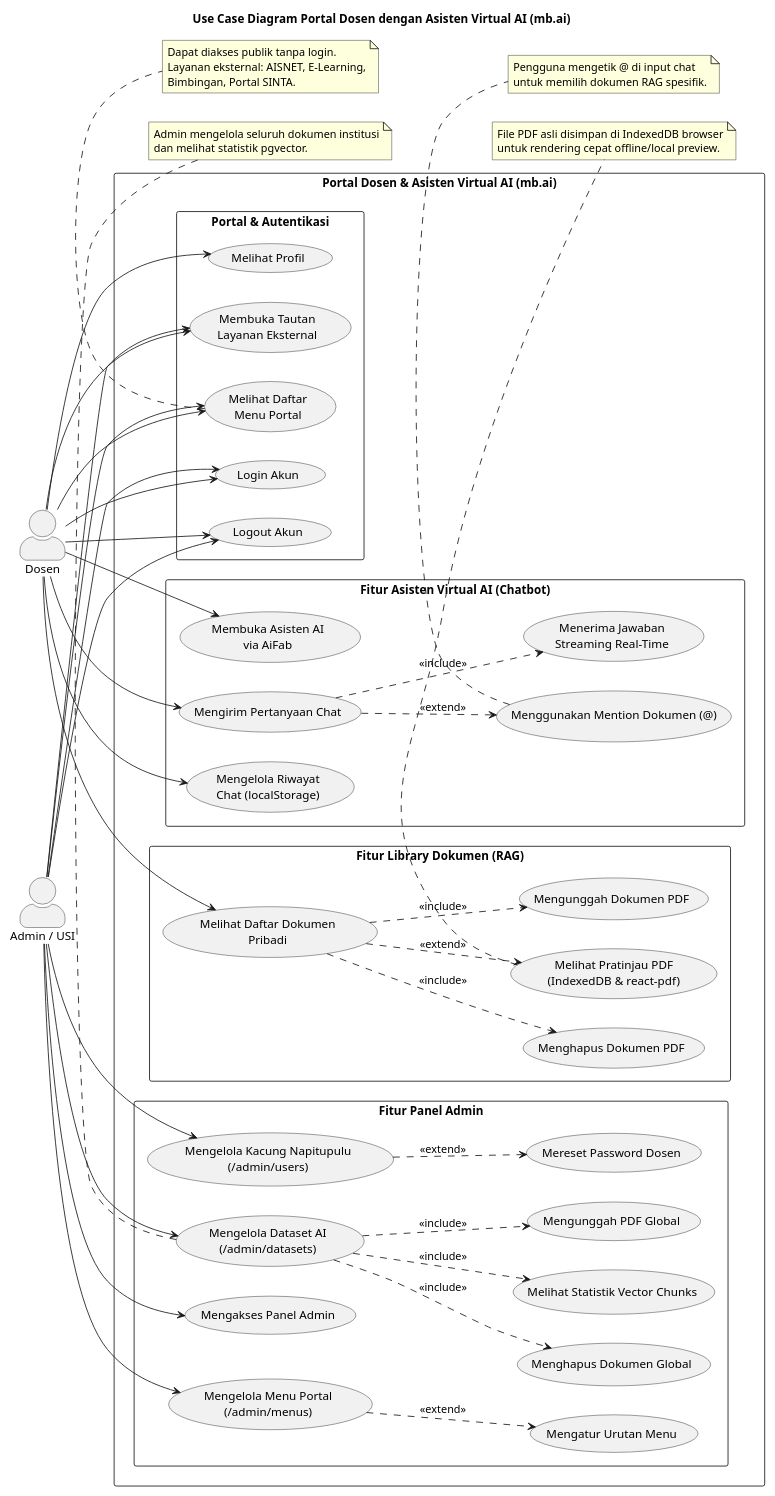
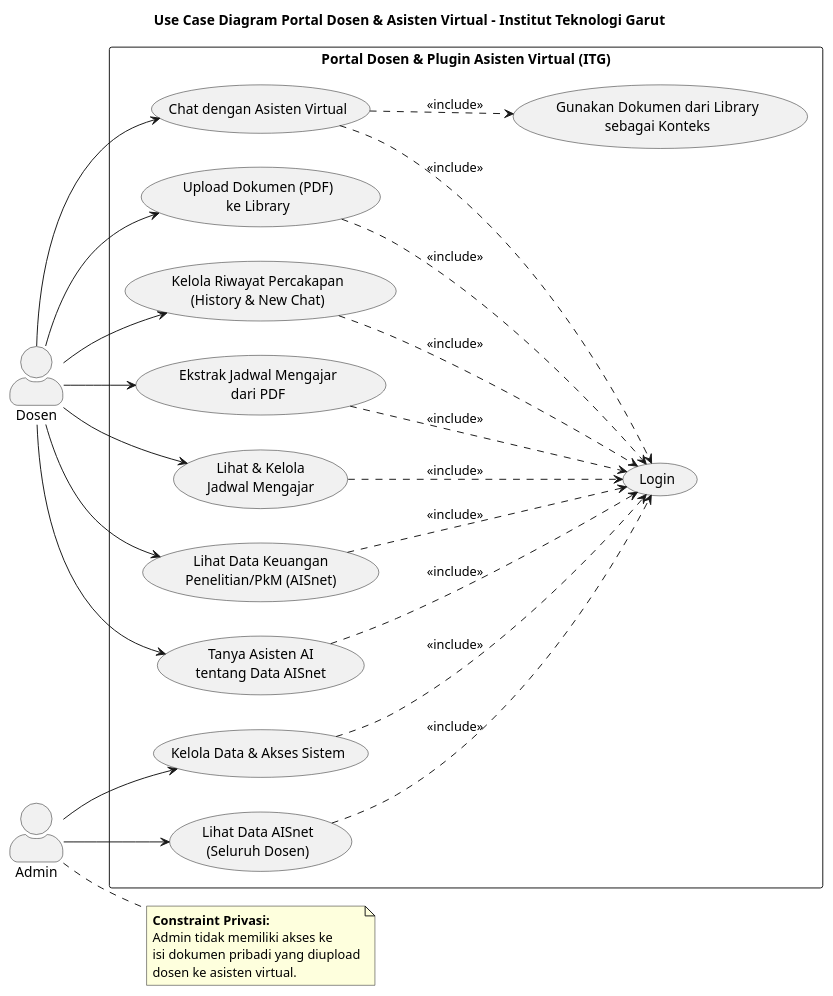
Before and after one commit to Badru9/chatbot: the diagram in uml/use_case.md, drawn with PlantUML. The commit also changed other lines of this file and 16 other files, not shown here.

````diff
--- a/uml/use_case.md
+++ b/uml/use_case.md
@@ -3,107 +6,72 @@
 ```plantuml
 @startuml
-title Use Case Diagram Portal Dosen dengan Asisten Virtual AI (mb.ai)
+title Use Case Diagram Portal Dosen & Asisten Virtual - Institut Teknologi Garut
 
 left to right direction
-scale 0.85
-
+skinparam packageStyle rectangle
 skinparam shadowing false
-skinparam packageStyle rectangle
+skinparam monochrome false
 skinparam actorStyle awesome
 
-actor Dosen
-actor "Admin / USI" as Admin
+actor "Dosen" as dosen
+actor "Admin" as admin
 
-rectangle "Portal Dosen & Asisten Virtual AI (mb.ai)" {
+rectangle "Portal Dosen & Plugin Asisten Virtual (ITG)" {
+  ' Autentikasi
+  usecase "Login" as UC_Login
 
-    package "Portal & Autentikasi" {
-        usecase "Melihat Daftar\nMenu Portal" as UC01
-        usecase "Membuka Tautan\nLayanan Eksternal" as UC02
-        usecase "Login Akun" as UC03
-        usecase "Logout Akun" as UC04
-        usecase "Melihat Profil" as UC05
-    }
+  ' Domain: Asisten Virtual
+  usecase "Chat dengan Asisten Virtual" as UC_Chat
+  usecase "Upload Dokumen (PDF)\nke Library" as UC_UploadDoc
+  usecase "Gunakan Dokumen dari Library\nsebagai Konteks" as UC_UseDoc
+  usecase "Kelola Riwayat Percakapan\n(History & New Chat)" as UC_History
 
-    package "Fitur Asisten Virtual AI (Chatbot)" {
-        usecase "Membuka Asisten AI\nvia AiFab" as UC06
-        usecase "Mengirim Pertanyaan Chat" as UC07
-        usecase "Menggunakan Mention Dokumen (@)" as UC071
-        usecase "Menerima Jawaban\nStreaming Real-Time" as UC072
-        usecase "Mengelola Riwayat\nChat (localStorage)" as UC08
-    }
+  ' Domain: Jadwal Mengajar
+  usecase "Ekstrak Jadwal Mengajar\ndari PDF" as UC_ExtractJadwal
+  usecase "Lihat & Kelola\nJadwal Mengajar" as UC_KelolaJadwal
 
-    package "Fitur Library Dokumen (RAG)" {
-        usecase "Melihat Daftar Dokumen\nPribadi" as UC09
-        usecase "Mengunggah Dokumen PDF" as UC091
-        usecase "Menghapus Dokumen PDF" as UC092
-        usecase "Melihat Pratinjau PDF\n(IndexedDB & react-pdf)" as UC093
-    }
+  ' Domain: AISnet
+  usecase "Lihat Data Keuangan\nPenelitian/PkM (AISnet)" as UC_ViewAISnet
+  usecase "Tanya Asisten AI\ntentang Data AISnet" as UC_AskAISnet
 
-    package "Fitur Panel Admin" {
-        usecase "Mengakses Panel Admin" as UC10
-        usecase "Mengelola Dataset AI\n(/admin/datasets)" as UC11
-        usecase "Melihat Statistik Vector Chunks" as UC111
-        usecase "Mengunggah PDF Global" as UC112
-        usecase "Menghapus Dokumen Global" as UC113
-        usecase "Mengelola Menu Portal\n(/admin/menus)" as UC12
-        usecase "Mengatur Urutan Menu" as UC121
-        usecase "Mengelola Kacung Napitupulu\n(/admin/users)" as UC13
-        usecase "Mereset Password Dosen" as UC131
-    }
+  ' Domain: Admin
+  usecase "Kelola Data & Akses Sistem" as UC_ManageSystem
+  usecase "Lihat Data AISnet\n(Seluruh Dosen)" as UC_AdminAISnet
 }
 
-Dosen --> UC01
-Dosen --> UC02
-Dosen --> UC03
-Dosen --> UC04
-Dosen --> UC05
-Dosen --> UC06
-Dosen --> UC07
-Dosen --> UC08
-Dosen --> UC09
+' Relasi Aktor Dosen
+dosen --> UC_Chat
+dosen --> UC_UploadDoc
+dosen --> UC_ExtractJadwal
+dosen --> UC_KelolaJadwal
+dosen --> UC_ViewAISnet
+dosen --> UC_AskAISnet
+dosen --> UC_History
 
-Admin --> UC01
-Admin --> UC02
-Admin --> UC03
-Admin --> UC04
-Admin --> UC10
-Admin --> UC11
-Admin --> UC12
-Admin --> UC13
+' Relasi Aktor Admin
+admin --> UC_ManageSystem
+admin --> UC_AdminAISnet
 
-UC07 ..> UC071 : <<extend>>
-UC07 ..> UC072 : <<include>>
+' Include Relasi ke Login untuk semua use case yang memerlukan otentikasi
+UC_Chat ..> UC_Login : <<include>>
+UC_UploadDoc ..> UC_Login : <<include>>
+UC_ExtractJadwal ..> UC_Login : <<include>>
+UC_KelolaJadwal ..> UC_Login : <<include>>
+UC_ViewAISnet ..> UC_Login : <<include>>
+UC_AskAISnet ..> UC_Login : <<include>>
+UC_History ..> UC_Login : <<include>>
+UC_ManageSystem ..> UC_Login : <<include>>
+UC_AdminAISnet ..> UC_Login : <<include>>
 
-UC09 ..> UC091 : <<include>>
-UC09 ..> UC092 : <<include>>
-UC09 ..> UC093 : <<extend>>
+' Include Relasi Konteks Dokumen
+UC_Chat ..> UC_UseDoc : <<include>>
 
-UC11 ..> UC111 : <<include>>
-UC11 ..> UC112 : <<include>>
-UC11 ..> UC113 : <<include>>
-
-UC12 ..> UC121 : <<extend>>
-UC13 ..> UC131 : <<extend>>
-
-note bottom of UC01
-Dapat diakses publik tanpa login.
-Layanan eksternal: AISNET, E-Learning,
-Bimbingan, Portal SINTA.
-end note
-
-note bottom of UC071
-Pengguna mengetik @ di input chat
-untuk memilih dokumen RAG spesifik.
-end note
-
-note bottom of UC093
-File PDF asli disimpan di IndexedDB browser
-untuk rendering cepat offline/local preview.
-end note
-
-note bottom of UC11
-Admin mengelola seluruh dokumen institusi
-dan melihat statistik pgvector.
+' Constraint Note Privasi Dokumen
+note right of admin
+  **Constraint Privasi:**
+  Admin tidak memiliki akses ke
+  isi dokumen pribadi yang diupload
+  dosen ke asisten virtual.
 end note
 
 @enduml
````
